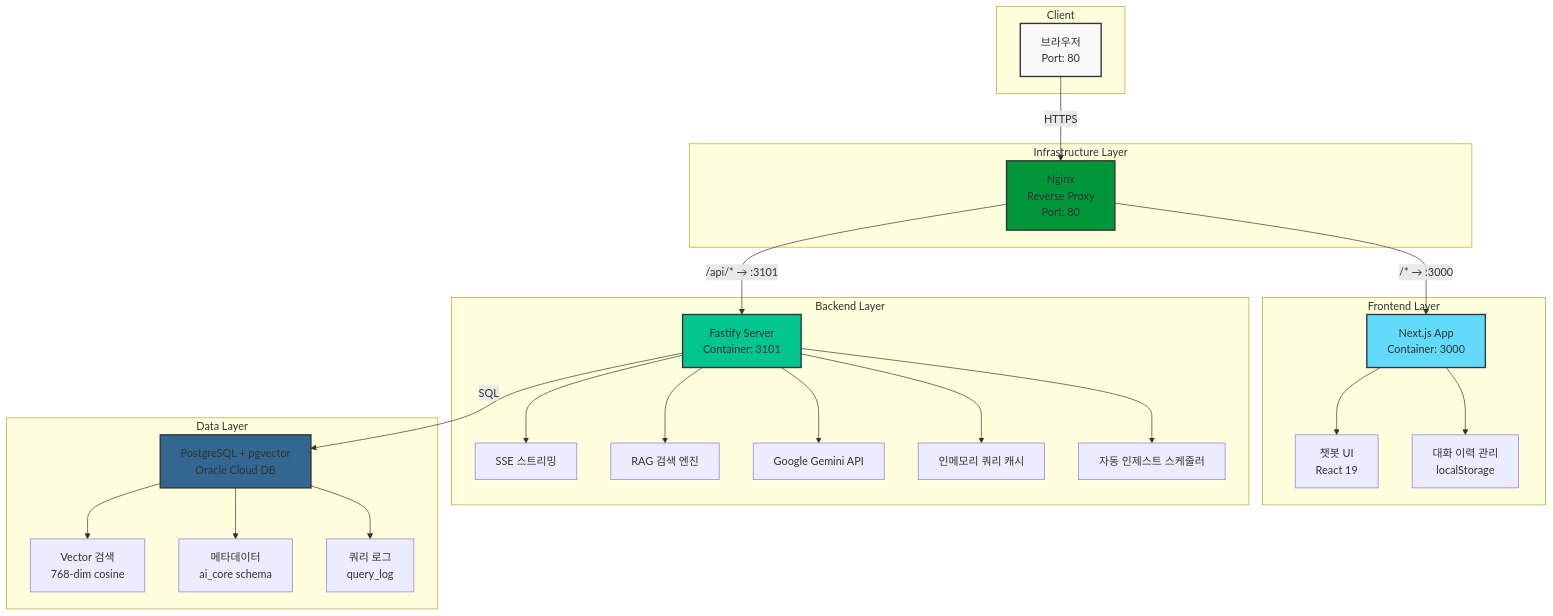
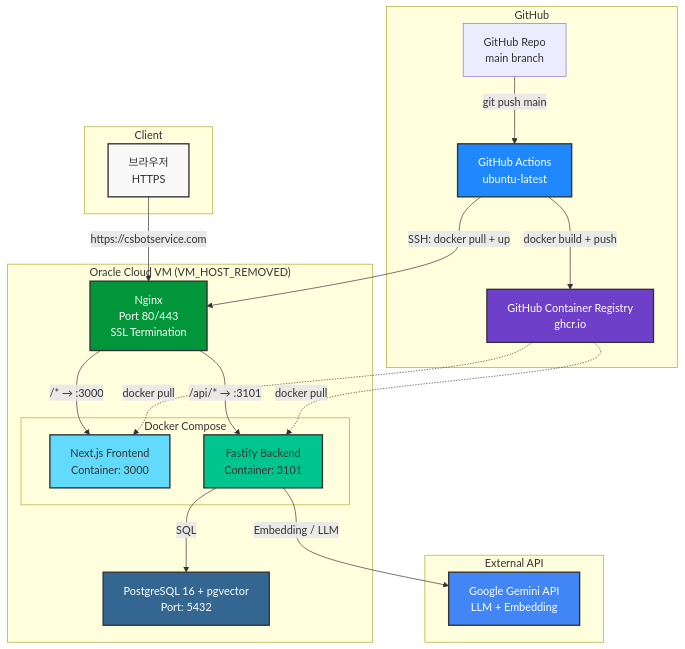
The first of 3 diagrams in README.md (jdhert/CS-ChatBot), drawn with Mermaid before and after one commit. The commit also changed other lines of this file, not shown here.

````diff
--- a/README.md
+++ b/README.md
@@ -53,53 +53,47 @@
 ```mermaid
 graph TB
     subgraph "Client"
-        CLIENT[브라우저<br/>Port: 80]
+        CLIENT[브라우저<br/>HTTPS]
     end
 
-    subgraph "Infrastructure Layer"
-        NGINX[Nginx<br/>Reverse Proxy<br/>Port: 80]
+    subgraph "Oracle Cloud VM (VM_HOST_REMOVED)"
+        NGINX[Nginx<br/>Port 80/443<br/>SSL Termination]
+        subgraph "Docker Compose"
+            A[Next.js Frontend<br/>Container: 3000]
+            B[Fastify Backend<br/>Container: 3101]
+        end
+        C[PostgreSQL 16 + pgvector<br/>Port: 5432]
     end
 
-    subgraph "Frontend Layer"
-        A[Next.js App<br/>Container: 3000]
-        A1[챗봇 UI<br/>React 19]
-        A2[대화 이력 관리<br/>localStorage]
+    subgraph "GitHub"
+        GH[GitHub Repo<br/>main branch]
+        GA[GitHub Actions<br/>ubuntu-latest]
+        GHCR[GitHub Container Registry<br/>ghcr.io]
     end
 
-    subgraph "Backend Layer"
-        B[Fastify Server<br/>Container: 3101]
-        B1[SSE 스트리밍]
-        B2[RAG 검색 엔진]
-        B3[Google Gemini API]
-        B4[인메모리 쿼리 캐시]
-        B5[자동 인제스트 스케줄러]
+    subgraph "External API"
+        GEMINI[Google Gemini API<br/>LLM + Embedding]
     end
 
-    subgraph "Data Layer"
-        C[PostgreSQL + pgvector<br/>Oracle Cloud DB]
-        C1[Vector 검색<br/>768-dim cosine]
-        C2[메타데이터<br/>ai_core schema]
-        C3[쿼리 로그<br/>query_log]
-    end
-
-    CLIENT -->|HTTPS| NGINX
+    CLIENT -->|https://csbotservice.com| NGINX
     NGINX -->|/* → :3000| A
     NGINX -->|/api/* → :3101| B
-    A --> A1
-    A --> A2
-    B --> B1
-    B --> B2
-    B --> B3
-    B --> B4
-    B --> B5
     B -->|SQL| C
-    C --> C1
-    C --> C2
-    C --> C3
+    B -->|Embedding / LLM| GEMINI
+
+    GH -->|git push main| GA
+    GA -->|docker build + push| GHCR
+    GA -->|SSH: docker pull + up| NGINX
+
+    GHCR -.->|docker pull| A
+    GHCR -.->|docker pull| B
 
     style CLIENT fill:#f9f9f9,stroke:#333,stroke-width:2px
-    style NGINX fill:#009639,stroke:#333,stroke-width:2px
+    style NGINX fill:#009639,stroke:#333,stroke-width:2px,color:#fff
     style A fill:#61dafb,stroke:#333,stroke-width:2px
     style B fill:#00c58e,stroke:#333,stroke-width:2px
-    style C fill:#336791,stroke:#333,stroke-width:2px
+    style C fill:#336791,stroke:#333,stroke-width:2px,color:#fff
+    style GA fill:#2088FF,stroke:#333,stroke-width:2px,color:#fff
+    style GHCR fill:#6e40c9,stroke:#333,stroke-width:2px,color:#fff
+    style GEMINI fill:#4285F4,stroke:#333,stroke-width:2px,color:#fff
 ```
````
